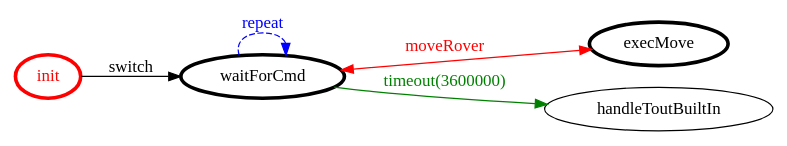
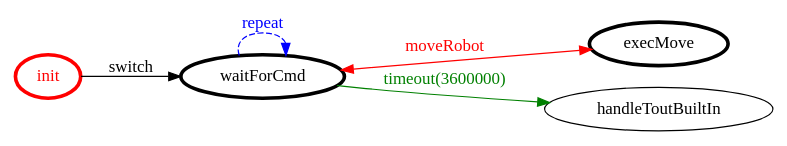
One commit to MatteoMendula/iss2018Lab changed the diagram in it.unibo.mbot.virtual/srcMore/it/unibo/player/player.gv. Above: the diagram before and after it, drawn with Graphviz. The commit also changed 40 other files, not shown here.

```diff
--- a/it.unibo.mbot.virtual/srcMore/it/unibo/player/player.gv
+++ b/it.unibo.mbot.virtual/srcMore/it/unibo/player/player.gv
@@ -1,20 +1,20 @@
 /*
 *
 * A GraphViz DOT FSM description 
 * Please use a GraphViz visualizer (like http://www.webgraphviz.com)
 *  
 */
 
 digraph finite_state_machine {
 	rankdir=LR
 	size="8,5"
 	
 	init [ color = red ][ fontcolor = red ][ penwidth = 3 ]
 	execMove [ color = black ][ fontcolor = black ][ penwidth = 3 ]
 	waitForCmd [ color = black ][ fontcolor = black ][ penwidth = 3 ]
 	
-	waitForCmd -> execMove [ label = "moveRover" ][ color = red ][ fontcolor = red ][ dir = both ]
 	waitForCmd -> handleToutBuiltIn [ label = "timeout(3600000)" ][ color = green ][ fontcolor = green ]
+	waitForCmd -> execMove [ label = "moveRobot" ][ color = red ][ fontcolor = red ][ dir = both ]
 	init -> waitForCmd [ label = "switch" ][ color = black ][ fontcolor = black ]
 	waitForCmd -> waitForCmd [ label = "repeat "][ style = dashed ][ color = blue ][ fontcolor = blue ]
 }
```
